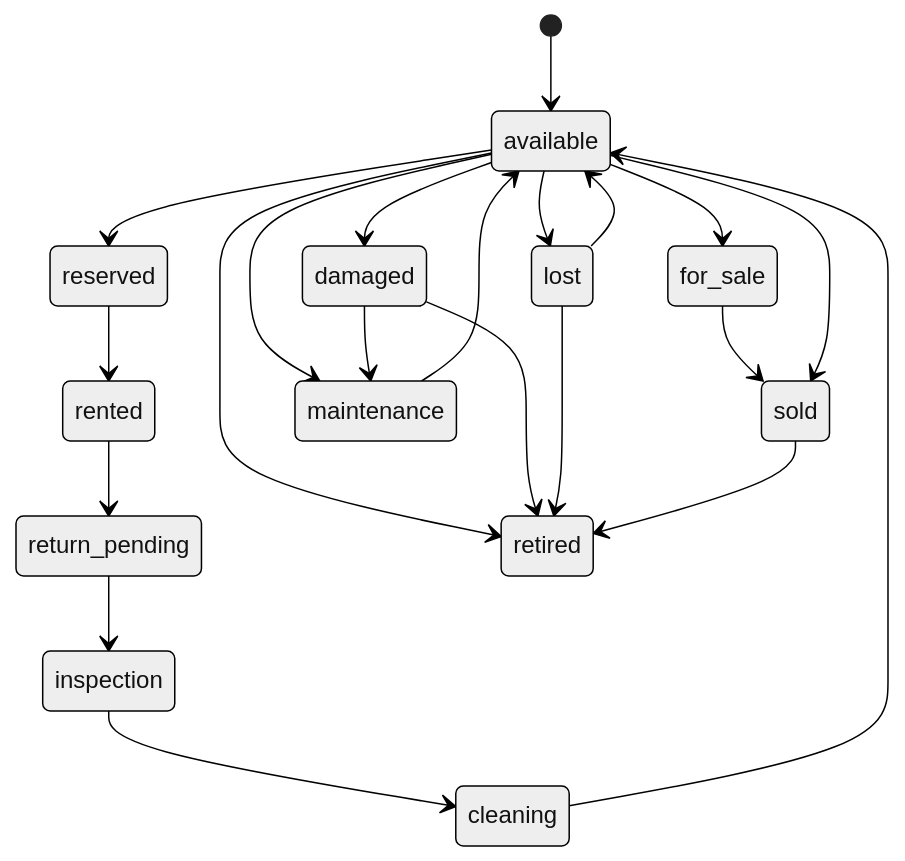
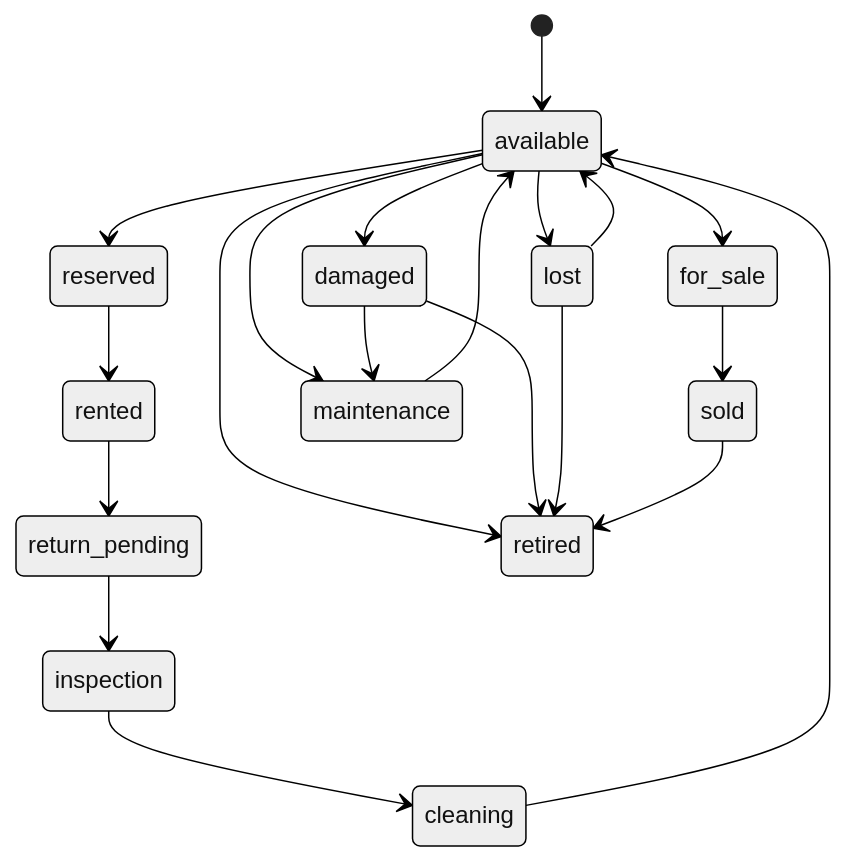
One commit to jj611a/juman changed the diagram in docs/backend-v2/InventoryDesign.md. Above: the diagram before and after it, drawn with Mermaid (neutral theme). The commit also changed 22 other files, not shown here.

````diff
--- a/docs/backend-v2/InventoryDesign.md
+++ b/docs/backend-v2/InventoryDesign.md
@@ -64,23 +64,22 @@
 ```mermaid
 stateDiagram-v2
   [*] --> available
   available --> reserved
   reserved --> rented
   rented --> return_pending
   return_pending --> inspection
   inspection --> cleaning
   cleaning --> available
   available --> for_sale
   for_sale --> sold
-  available --> sold
   available --> maintenance
   maintenance --> available
   available --> retired
   available --> lost
   available --> damaged
   damaged --> maintenance
   damaged --> retired
   lost --> available
   lost --> retired
   sold --> retired
 ```
````
